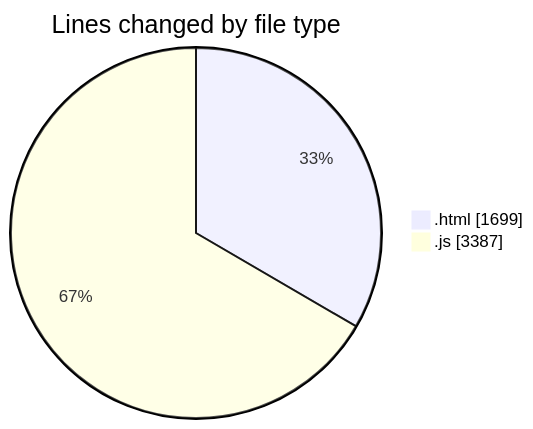
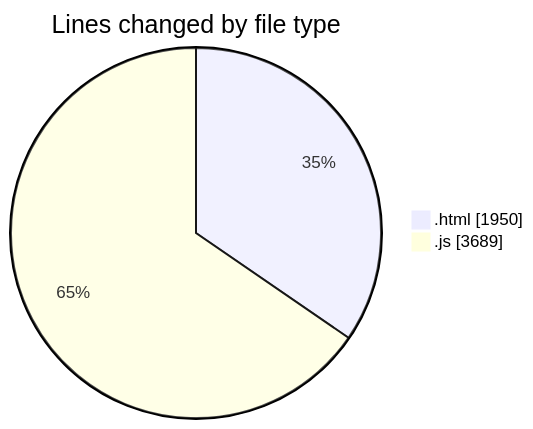
The first of 2 diagrams in 2026-02-19/bot_v1_2/README.md (becaeroporto-bot/code-tracking), drawn with Mermaid before and after one commit. The commit also changed other lines of this file and 1 other file, not shown here.

````diff
--- a/2026-02-19/bot_v1_2/README.md
+++ b/2026-02-19/bot_v1_2/README.md
@@ -28,6 +28,6 @@
 ```mermaid
 pie showData
 title Lines changed by file type
-".html" : 1699
-".js" : 3387
+".html" : 1950
+".js" : 3689
 ```
````
